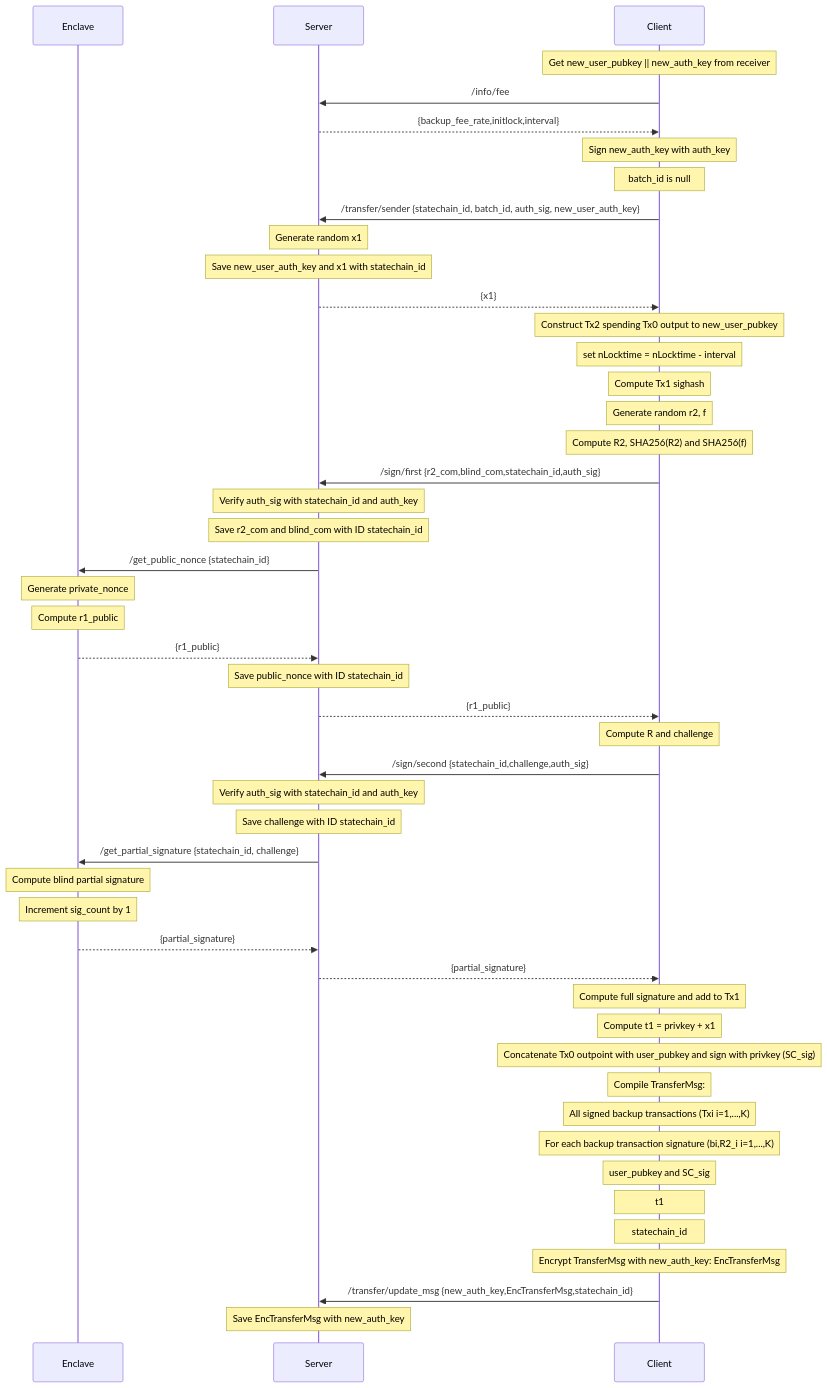
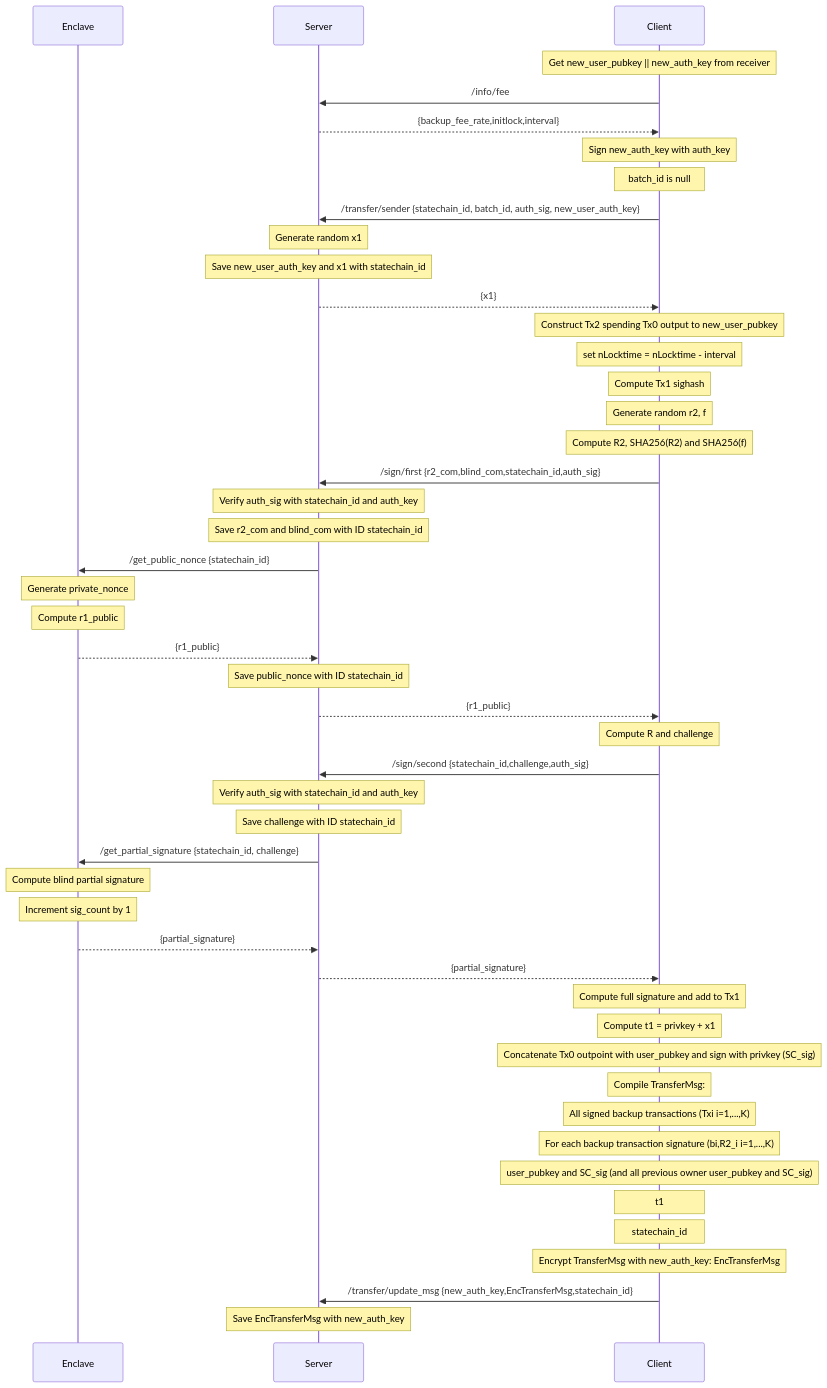
The diagram in docs/transfer_sender_sequence.md (commerceblock/mercurylayer), drawn with Mermaid before and after one commit.

````diff
--- a/docs/transfer_sender_sequence.md
+++ b/docs/transfer_sender_sequence.md
@@ -3,50 +3,50 @@
 ```mermaid
 sequenceDiagram
     participant Enclave
     participant Server
     participant Client
     note over Client: Get new_user_pubkey || new_auth_key from receiver
     Client->>Server: /info/fee
     Server-->>Client: {backup_fee_rate,initlock,interval}
     note over Client: Sign new_auth_key with auth_key
     note over Client: batch_id is null
     Client->>Server: /transfer/sender {statechain_id, batch_id, auth_sig, new_user_auth_key}
     note over Server: Generate random x1
     note over Server: Save new_user_auth_key and x1 with statechain_id
     Server-->>Client: {x1}
     note over Client: Construct Tx2 spending Tx0 output to new_user_pubkey
     note over Client: set nLocktime = nLocktime - interval
     note over Client: Compute Tx1 sighash
     note over Client: Generate random r2, f 
     note over Client: Compute R2, SHA256(R2) and SHA256(f)
     Client->>Server: /sign/first {r2_com,blind_com,statechain_id,auth_sig}
     note over Server: Verify auth_sig with statechain_id and auth_key
     note over Server: Save r2_com and blind_com with ID statechain_id
     Server->>Enclave: /get_public_nonce {statechain_id}
     note over Enclave: Generate private_nonce
     note over Enclave: Compute r1_public
     Enclave-->>Server: {r1_public}
     note over Server: Save public_nonce with ID statechain_id
     Server-->>Client: {r1_public}
     note over Client: Compute R and challenge
     Client->>Server: /sign/second {statechain_id,challenge,auth_sig}
     note over Server: Verify auth_sig with statechain_id and auth_key
-    note over Server: Save challenge  with ID statechain_id
+    note over Server: Save challenge with ID statechain_id
     Server->>Enclave: /get_partial_signature {statechain_id, challenge}
     note over Enclave: Compute blind partial signature
     note over Enclave: Increment sig_count by 1
     Enclave-->>Server: {partial_signature}
     Server-->>Client: {partial_signature}
     note over Client: Compute full signature and add to Tx1
     note over Client: Compute t1 = privkey + x1
     note over Client: Concatenate Tx0 outpoint with user_pubkey and sign with privkey (SC_sig)
     note over Client: Compile TransferMsg: 
     note over Client: All signed backup transactions (Txi i=1,...,K)
     note over Client: For each backup transaction signature (bi,R2_i i=1,...,K)
-    note over Client: user_pubkey and SC_sig
+    note over Client: user_pubkey and SC_sig (and all previous owner user_pubkey and SC_sig)
     note over Client: t1
     note over Client: statechain_id
     note over Client: Encrypt TransferMsg with new_auth_key: EncTransferMsg
     Client->>Server: /transfer/update_msg {new_auth_key,EncTransferMsg,statechain_id}
     note over Server: Save EncTransferMsg with new_auth_key
 ```
````
